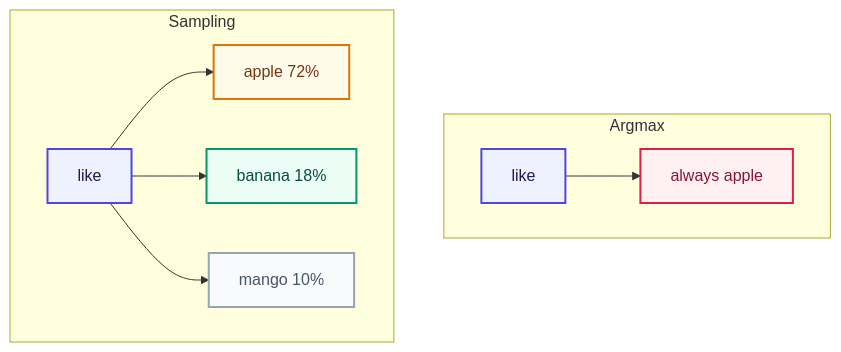
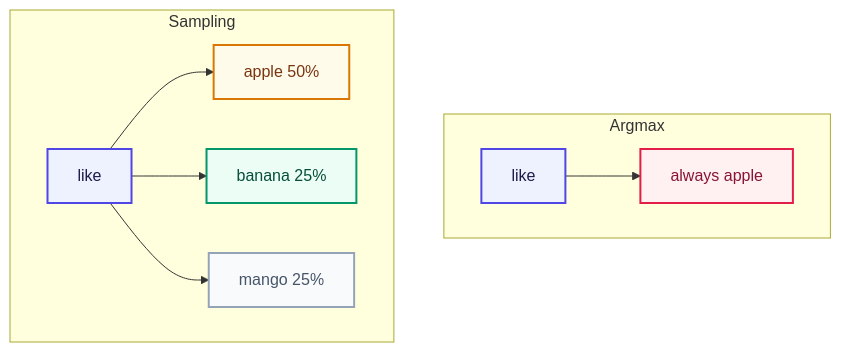
Before and after one commit to bhNibir/build-own-llm: the first of 2 diagrams in content/docs/part-02-bigram/05-sampling-vs-argmax.mdx, drawn with Mermaid. The commit also changed 1 other file, not shown here.

Commit message:
Fix Module 2 argmax generate loop trace and sampling probabilities

````diff
--- a/content/docs/part-02-bigram/05-sampling-vs-argmax.mdx
+++ b/content/docs/part-02-bigram/05-sampling-vs-argmax.mdx
@@ -48,16 +48,16 @@
 ```mermaid
 flowchart TD
     subgraph argmax [Argmax]
         a1["like"]:::input --> a2["always apple"]:::highlight
     end
     subgraph sampling [Sampling]
-        s1["like"]:::input --> s2["apple 72%"]:::output
-        s1 --> s3["banana 18%"]:::process
-        s1 --> s4["mango 10%"]:::dim
+        s1["like"]:::input --> s2["apple 50%"]:::output
+        s1 --> s3["banana 25%"]:::process
+        s1 --> s4["mango 25%"]:::dim
     end
     classDef input fill:#EEF2FF,color:#1E1B4B,stroke:#4F46E5,stroke-width:2px
     classDef process fill:#ECFDF5,color:#064E3B,stroke:#059669,stroke-width:2px
     classDef output fill:#FFFBEB,color:#78350F,stroke:#D97706,stroke-width:2px
     classDef dim fill:#F8FAFC,color:#475569,stroke:#94A3B8,stroke-width:2px
     classDef highlight fill:#FFF1F2,color:#881337,stroke:#E11D48,stroke-width:2px
 ```
````
